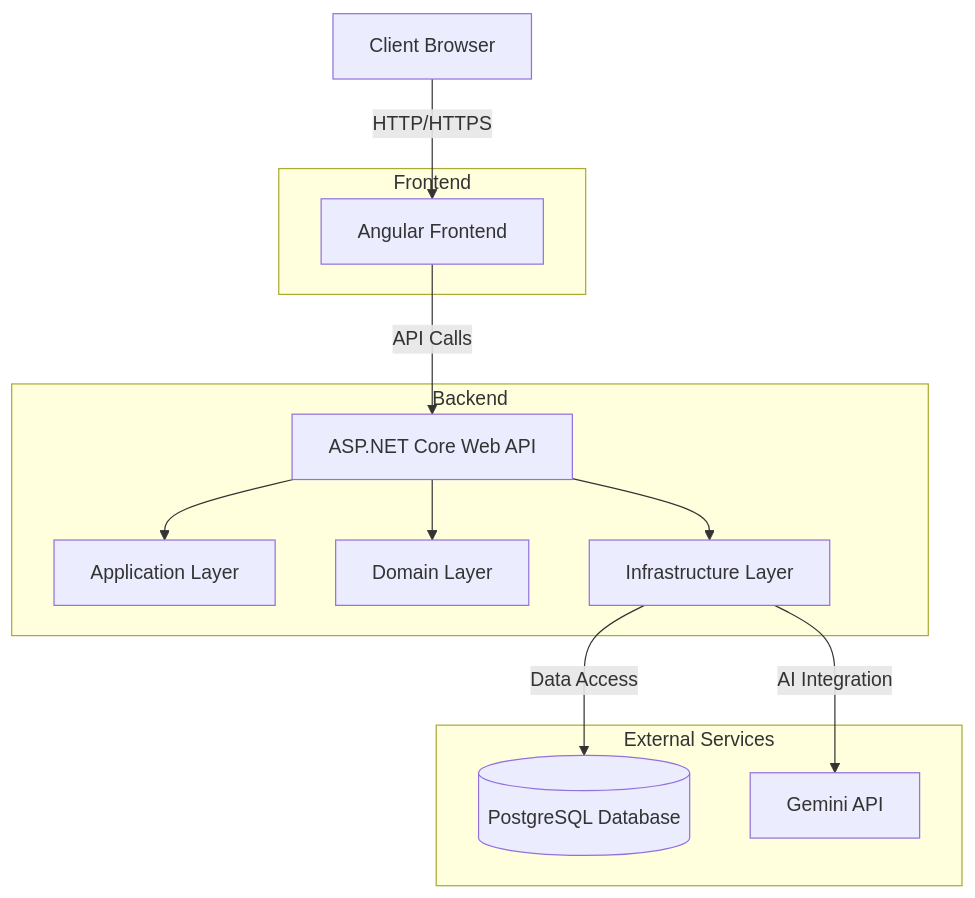
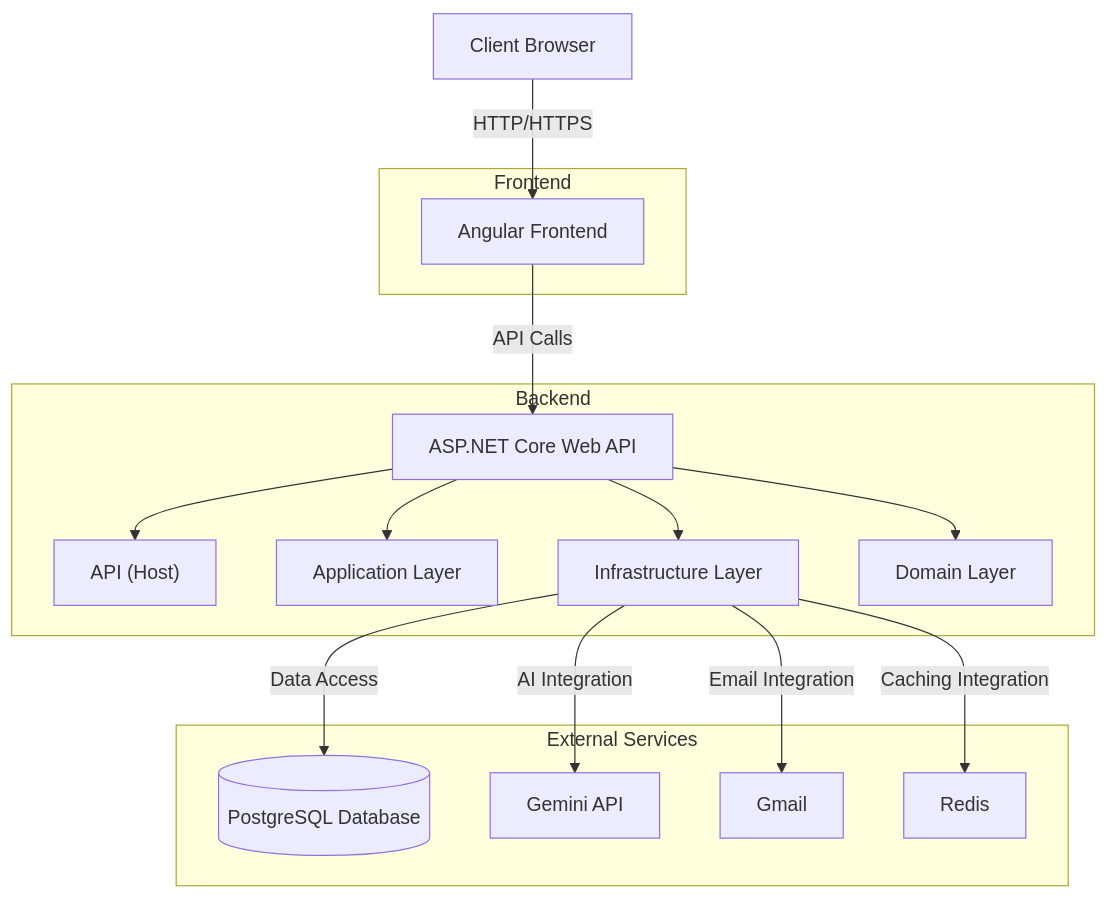
The diagram in be-mental-health-chat/readme.md (sonsonson110/mental-health-care-fullsnack), drawn with Mermaid before and after one commit. The commit also changed 11 other files, not shown here.

````diff
--- a/be-mental-health-chat/readme.md
+++ b/be-mental-health-chat/readme.md
@@ -2,27 +2,34 @@
 ```mermaid
 graph TD
     A[Client Browser] -->|HTTP/HTTPS| B[Angular Frontend]
     B -->|API Calls| C[ASP.NET Core Web API]
+    C --> K["API (Host)"]
     C --> D[Application Layer]
+    C --> F[Infrastructure Layer]
+
     C --> E[Domain Layer]
-    C --> F[Infrastructure Layer]
     F -->|Data Access| G[(PostgreSQL Database)]
     F -->|AI Integration| H[Gemini API]
+    F --> |Email Integration| I[Gmail]
+    F --> |Caching Integration| J[Redis]
     
     
     subgraph "Frontend"
     B
     end
     
     subgraph "Backend"
+    K
     C
     D
     E
     F
     end
     
     subgraph "External Services"
     G
     H
+    I
+    J
     end
 ```
````
